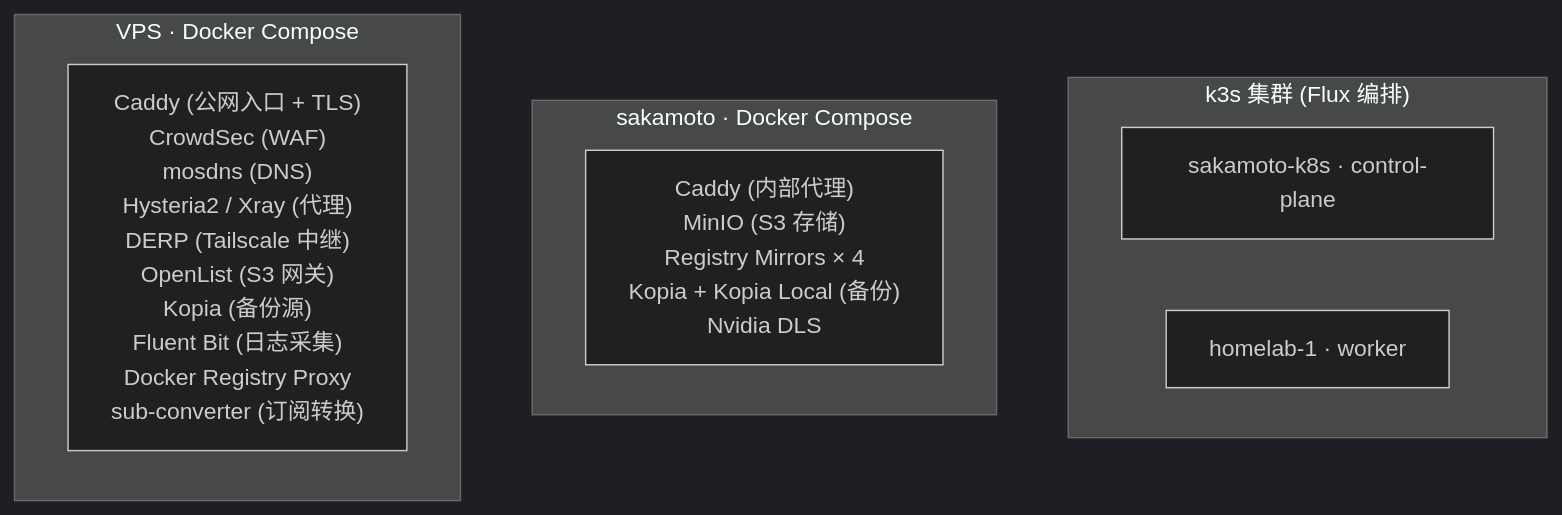
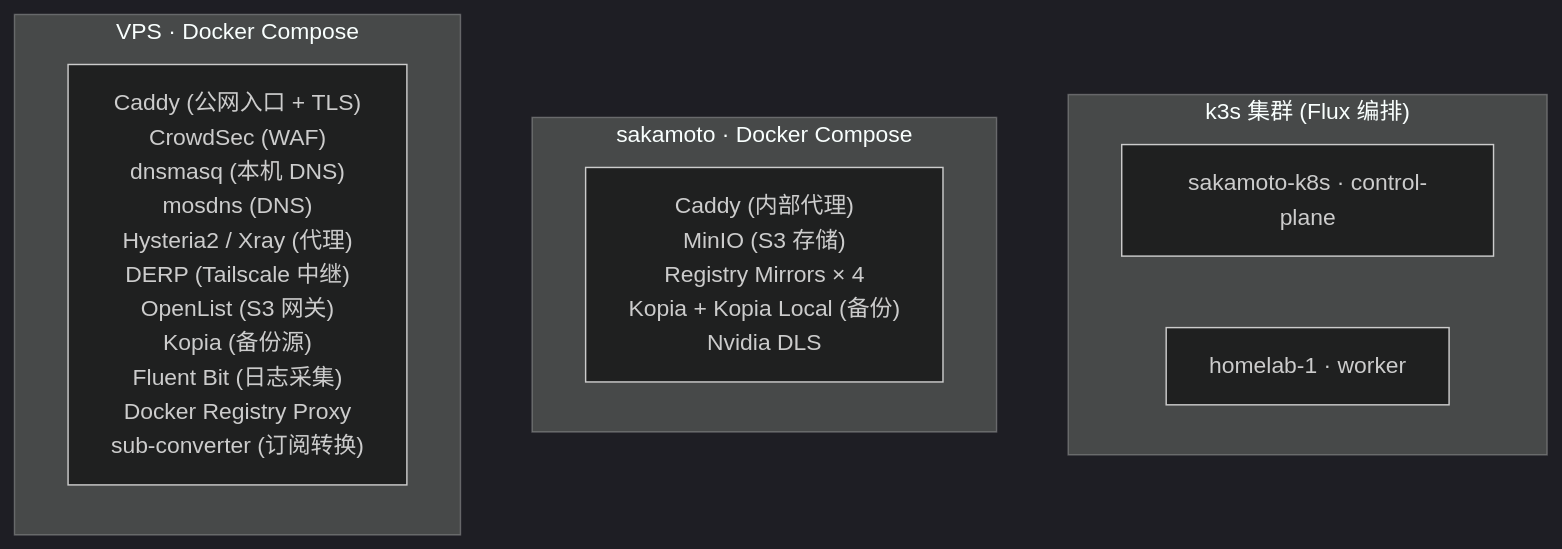
Before and after one commit to shelken/home-ops: the third of 8 diagrams in docs/ARCHITECTURE.md, drawn with Mermaid (dark theme). The commit also changed other lines of this file and 5 other files, not shown here.

First line of the commit message:
feat(compose): 加 dnsmasq 作为 VPS 本机 DNS

````diff
--- a/docs/ARCHITECTURE.md
+++ b/docs/ARCHITECTURE.md
@@ -94,28 +94,29 @@
 ```mermaid
 graph TB
     subgraph K3S["k3s 集群 (Flux 编排)"]
         NODE_SAKA["sakamoto-k8s · control-plane"]
         NODE_H1["homelab-1 · worker"]
     end
 
     subgraph COMPOSE_SAKA["sakamoto · Docker Compose"]
         CD_SAKA["Caddy (内部代理)
 MinIO (S3 存储)
 Registry Mirrors × 4
 Kopia + Kopia Local (备份)
 Nvidia DLS"]
     end
 
     subgraph COMPOSE_VPS["VPS · Docker Compose"]
         CD_VPS["Caddy (公网入口 + TLS)
 CrowdSec (WAF)
+dnsmasq (本机 DNS)
 mosdns (DNS)
 Hysteria2 / Xray (代理)
 DERP (Tailscale 中继)
 OpenList (S3 网关)
 Kopia (备份源)
 Fluent Bit (日志采集)
 Docker Registry Proxy
 sub-converter (订阅转换)"]
     end
 ```
````
